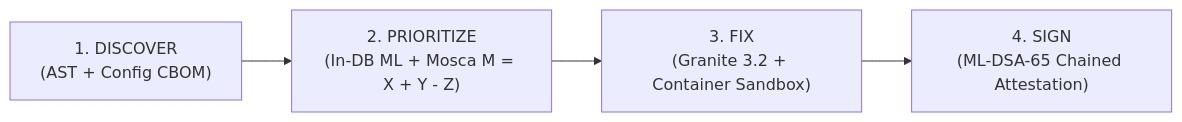
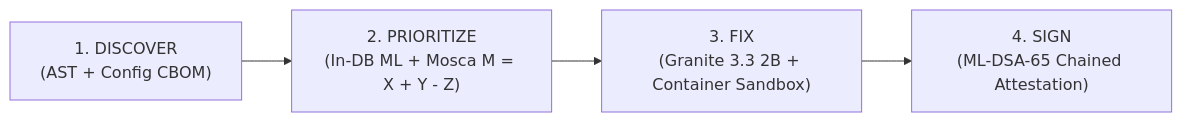
The diagram in docs/primer.md (Oxyrine/Chronos), drawn with Mermaid before and after one commit. The commit also changed other lines of this file and 7 other files, not shown here.

````diff
--- a/docs/primer.md
+++ b/docs/primer.md
@@ -15,6 +15,6 @@
 ```mermaid
 flowchart LR
     A["1. DISCOVER<br/>(AST + Config CBOM)"] --> B["2. PRIORITIZE<br/>(In-DB ML + Mosca M = X + Y - Z)"]
-    B --> C["3. FIX<br/>(Granite 3.2 + Container Sandbox)"]
+    B --> C["3. FIX<br/>(Granite 3.3 2B + Container Sandbox)"]
     C --> D["4. SIGN<br/>(ML-DSA-65 Chained Attestation)"]
 ```
````
